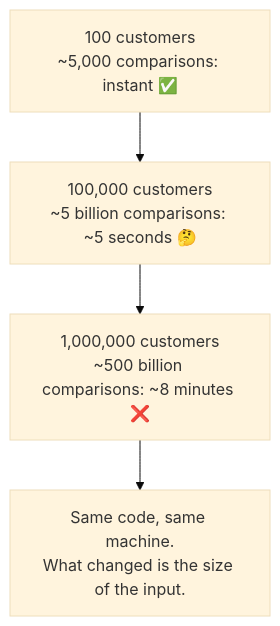
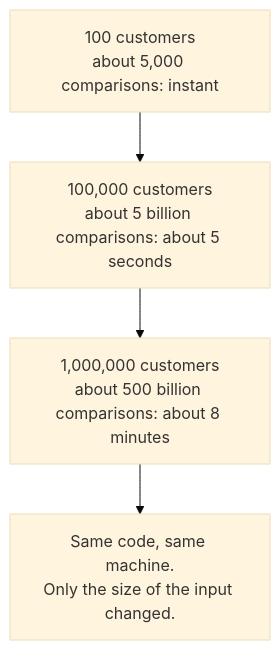
Before and after one commit to callasalvatore/csharp-algorithms: the first of 12 diagrams in lessons/00-big-o/README.md, drawn with Mermaid (base theme). The commit also changed other lines of this file and 4 other files, not shown here.

````diff
--- a/lessons/00-big-o/README.md
+++ b/lessons/00-big-o/README.md
@@ -42,6 +33,6 @@
 ```mermaid
 flowchart TB
-    A["100 customers<br/>~5,000 comparisons: instant ✅"] --> B["100,000 customers<br/>~5 billion comparisons: ~5 seconds 🤔"]
-    B --> C["1,000,000 customers<br/>~500 billion comparisons: ~8 minutes ❌"]
-    C --> D["Same code, same machine.<br/>What changed is the size of the input."]
+    A["100 customers<br/>about 5,000 comparisons: instant"] --> B["100,000 customers<br/>about 5 billion comparisons: about 5 seconds"]
+    B --> C["1,000,000 customers<br/>about 500 billion comparisons: about 8 minutes"]
+    C --> D["Same code, same machine.<br/>Only the size of the input changed."]
 ```
````
